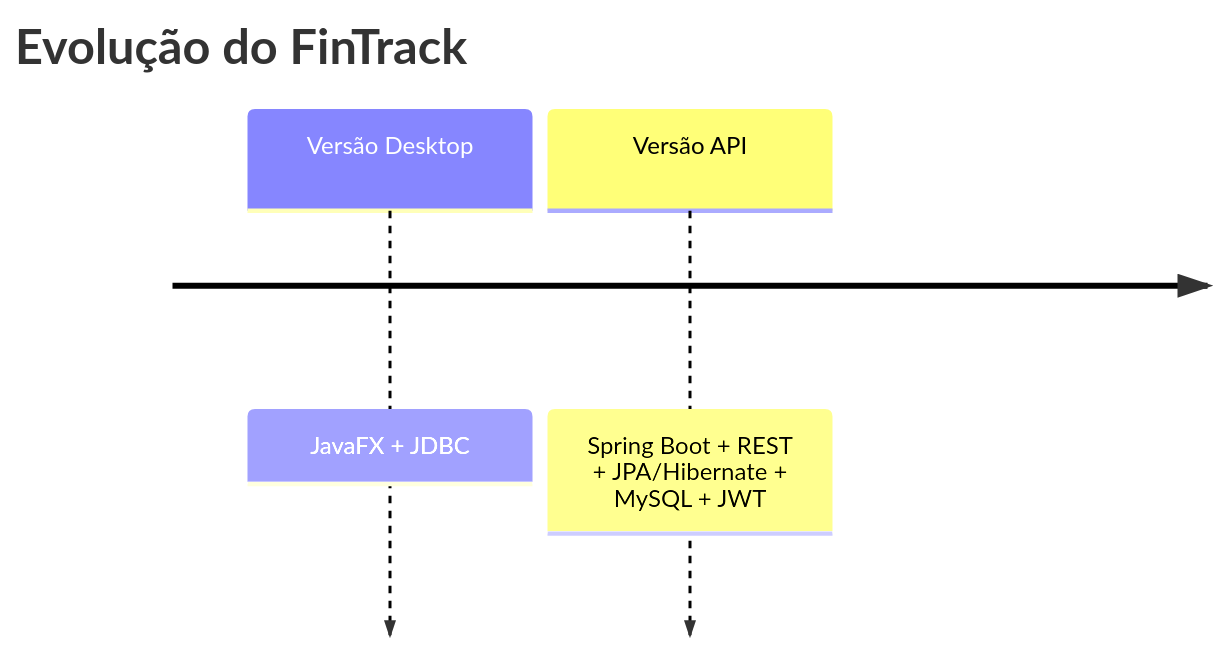
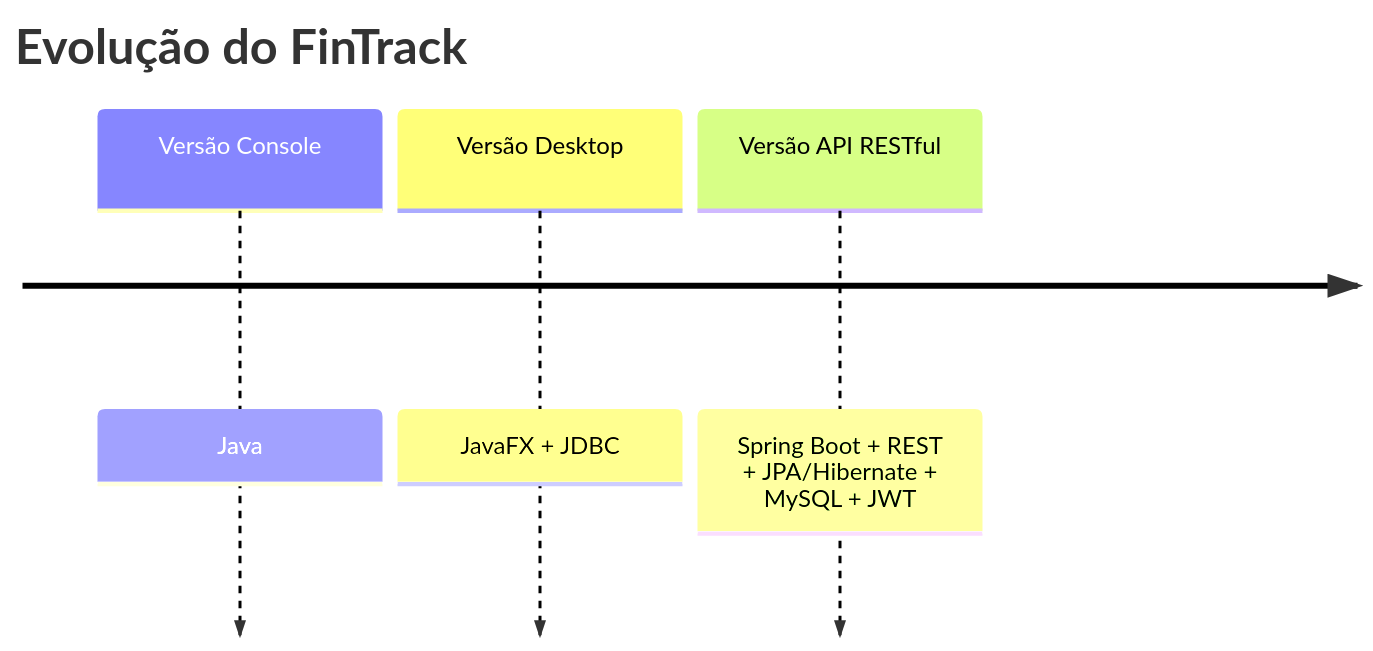
One commit to anaflaviabitu/fintrack-api changed the third of 3 diagrams in README.md. Above: the diagram before and after it, drawn with Mermaid. The commit also changed other lines of this file, not shown here.

````diff
--- a/README.md
+++ b/README.md
@@ -570,6 +572,7 @@
 ```mermaid
 timeline
     title Evolução do FinTrack
+    Versão Console : Java
     Versão Desktop : JavaFX + JDBC
-    Versão API : Spring Boot + REST + JPA/Hibernate + MySQL + JWT
+    Versão API RESTful : Spring Boot + REST + JPA/Hibernate + MySQL + JWT
 ```
````
